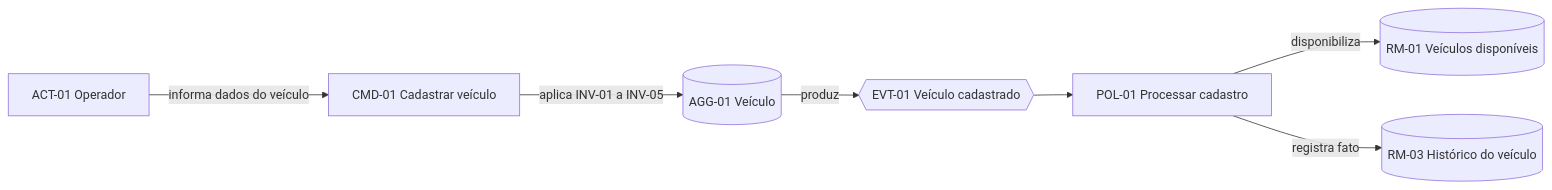
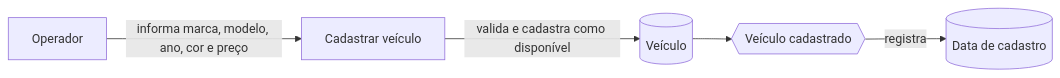
Before and after one commit to edionay/fiap-r: the second of 6 diagrams in docs/ddd/event-storming.md, drawn with Mermaid. The commit also changed other lines of this file and 2 other files, not shown here.

````diff
--- a/docs/ddd/event-storming.md
+++ b/docs/ddd/event-storming.md
@@ -69,17 +36,13 @@
 ```mermaid
 flowchart LR
-    ACT[ACT-01 Operador]
-    CMD[CMD-01 Cadastrar veículo]
-    AGG[(AGG-01 Veículo)]
-    EVT{{EVT-01 Veículo cadastrado}}
-    POL[POL-01 Processar cadastro]
-    AVAILABLE[(RM-01 Veículos disponíveis)]
-    HISTORY[(RM-03 Histórico do veículo)]
+    O[Operador]
+    I[Cadastrar veículo]
+    A[(Veículo)]
+    F{{Veículo cadastrado}}
+    D[(Data de cadastro)]
 
-    ACT -->|informa dados do veículo| CMD
-    CMD -->|aplica INV-01 a INV-05| AGG
-    AGG -->|produz| EVT
-    EVT --> POL
-    POL -->|disponibiliza| AVAILABLE
-    POL -->|registra fato| HISTORY
+    O -->|informa marca, modelo, ano, cor e preço| I
+    I -->|valida e cadastra como disponível| A
+    A --> F
+    F -->|registra| D
 ```
````
